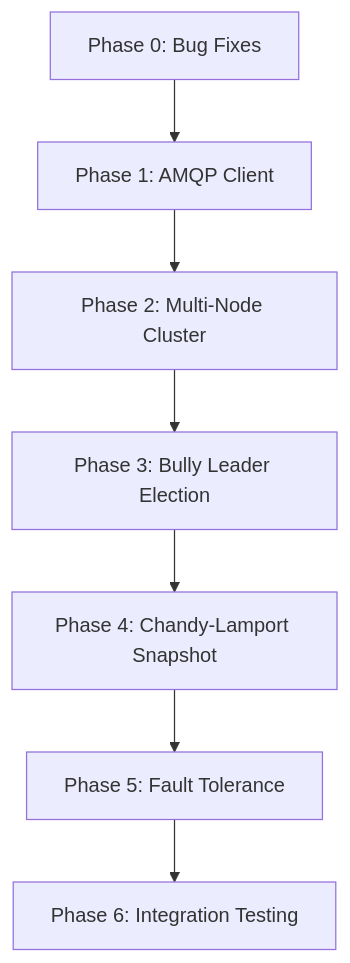
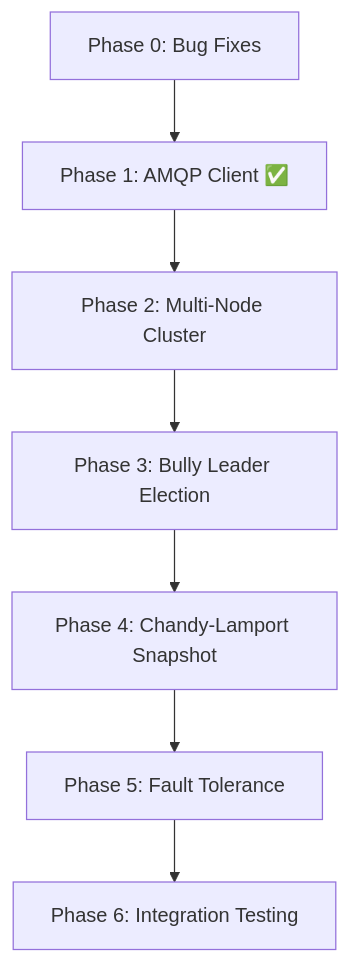
One commit to Paiku34/distributed_crazy_time changed the diagram in implementation_plan.md. Above: the diagram before and after it, drawn with Mermaid. The commit also changed other lines of this file and 7 other files, not shown here.

Commit message:
native AMQP client integration (fase 1)

````diff
--- a/implementation_plan.md
+++ b/implementation_plan.md
@@ -1663,9 +1767,9 @@
 ```mermaid
 graph TD
-    Z["Phase 0: Bug Fixes"] --> A["Phase 1: AMQP Client"]
+    Z["Phase 0: Bug Fixes"] --> A["Phase 1: AMQP Client ✅"]
     A --> B["Phase 2: Multi-Node Cluster"]
     B --> C["Phase 3: Bully Leader Election"]
     C --> D["Phase 4: Chandy-Lamport Snapshot"]
     D --> E["Phase 5: Fault Tolerance"]
     E --> F["Phase 6: Integration Testing"]
 ```
````
